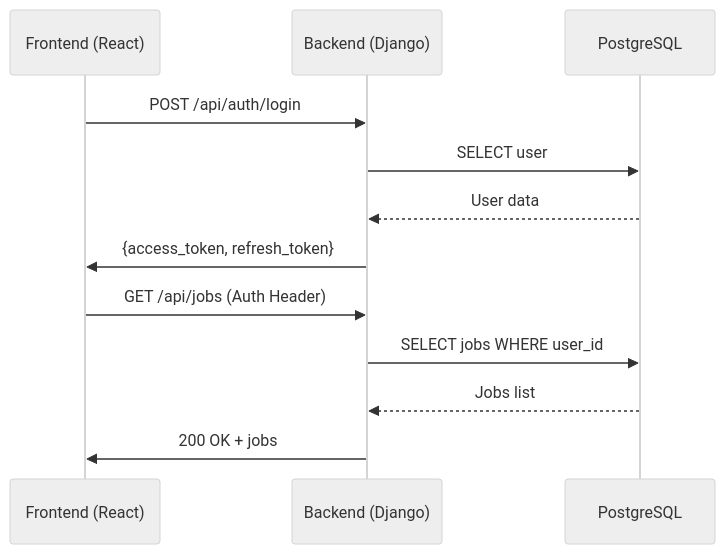
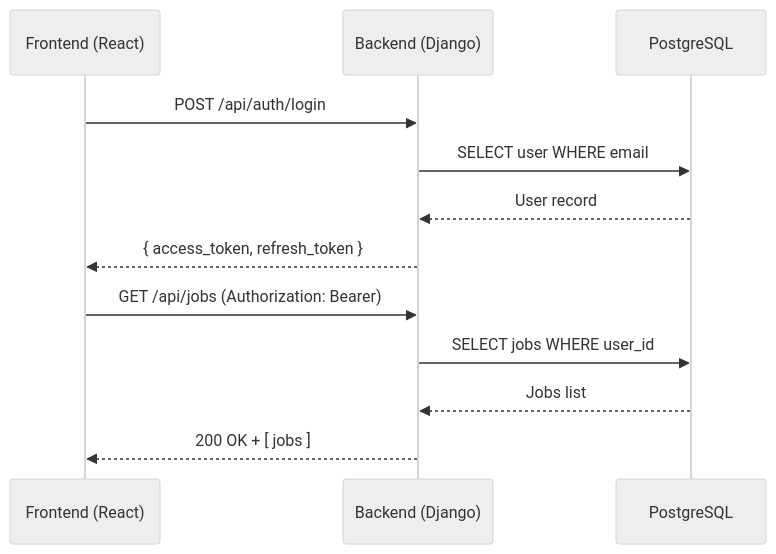
One commit to sridharSTR/smart-job-tracker changed the fourth of 5 diagrams in README.md. Above: the diagram before and after it, drawn with Mermaid (neutral theme). The commit also changed other lines of this file, not shown here.

````diff
--- a/README.md
+++ b/README.md
@@ -221,14 +317,16 @@
 ```mermaid
 sequenceDiagram
-    participant UI as Frontend (React)
-    participant API as Backend (Django)
-    participant DB as PostgreSQL
-    UI->>API: POST /api/auth/login
-    API->>DB: SELECT user
-    DB-->>API: User data
-    API->>UI: {access_token, refresh_token}
-    UI->>API: GET /api/jobs (Auth Header)
-    API->>DB: SELECT jobs WHERE user_id
-    DB-->>API: Jobs list
-    API->>UI: 200 OK + jobs
+    participant 🖥️ as Frontend (React)
+    participant ⚙️ as Backend (Django)
+    participant 🗄️ as PostgreSQL
+
+    🖥️->>⚙️: POST /api/auth/login
+    ⚙️->>🗄️: SELECT user WHERE email
+    🗄️-->>⚙️: User record
+    ⚙️-->>🖥️: { access_token, refresh_token }
+
+    🖥️->>⚙️: GET /api/jobs (Authorization: Bearer)
+    ⚙️->>🗄️: SELECT jobs WHERE user_id
+    🗄️-->>⚙️: Jobs list
+    ⚙️-->>🖥️: 200 OK + [ jobs ]
 ```
````
